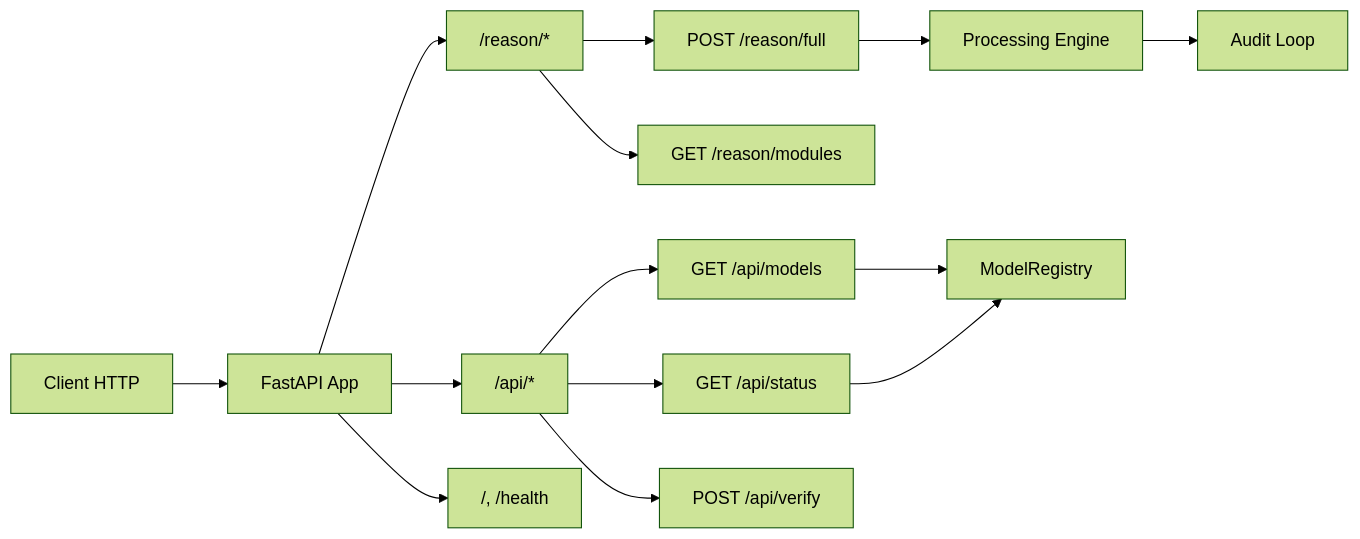
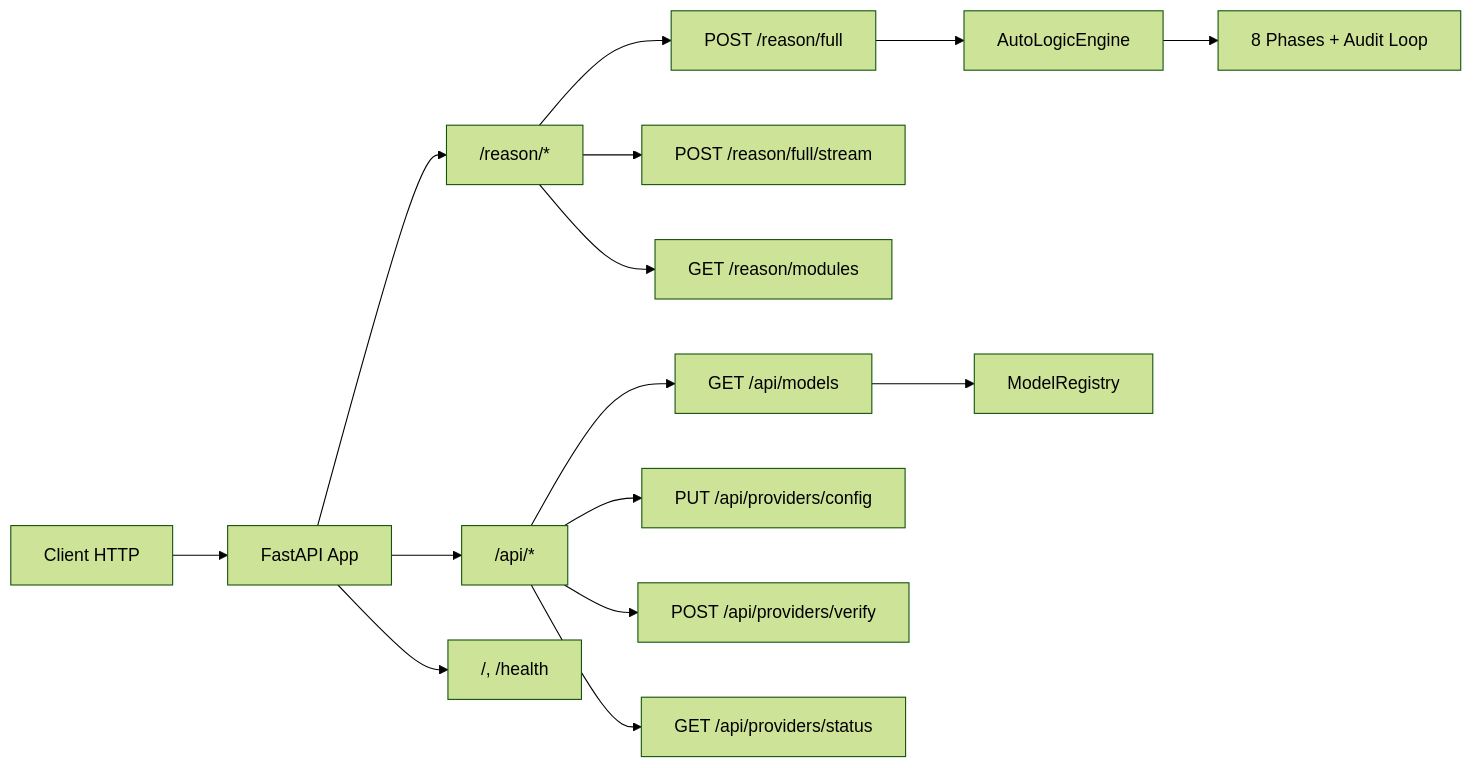
One commit to dagornc/Autologic changed the fourth of 4 diagrams in Doc/ARCHITECTURE.md. Above: the diagram before and after it, drawn with Mermaid (forest theme). The commit also changed other lines of this file and 110 other files, not shown here.

Commit message:
Update AutoLogic: Save current state and enhancements

````diff
--- a/Doc/ARCHITECTURE.md
+++ b/Doc/ARCHITECTURE.md
@@ -116,19 +250,21 @@
 ```mermaid
 graph LR
     Client[Client HTTP] --> API[FastAPI App]
     
     API --> R1["/reason/*"]
     API --> R2["/api/*"]
     API --> R3["/, /health"]
     
     R1 --> E1[POST /reason/full]
+    R1 --> E1b[POST /reason/full/stream]
     R1 --> E5[GET /reason/modules]
+    
     R2 --> E2[GET /api/models]
-    R2 --> E3[GET /api/status]
-    R2 --> E4[POST /api/verify]
+    R2 --> E3[PUT /api/providers/config]
+    R2 --> E4[POST /api/providers/verify]
+    R2 --> E6[GET /api/providers/status]
     
-    E1 --> Engine[Processing Engine]
-    Engine --> Audit[Audit Loop]
+    E1 --> Engine[AutoLogicEngine]
+    Engine --> Phases[8 Phases + Audit Loop]
     E2 --> Registry[ModelRegistry]
-    E3 --> Registry
 ```
````
